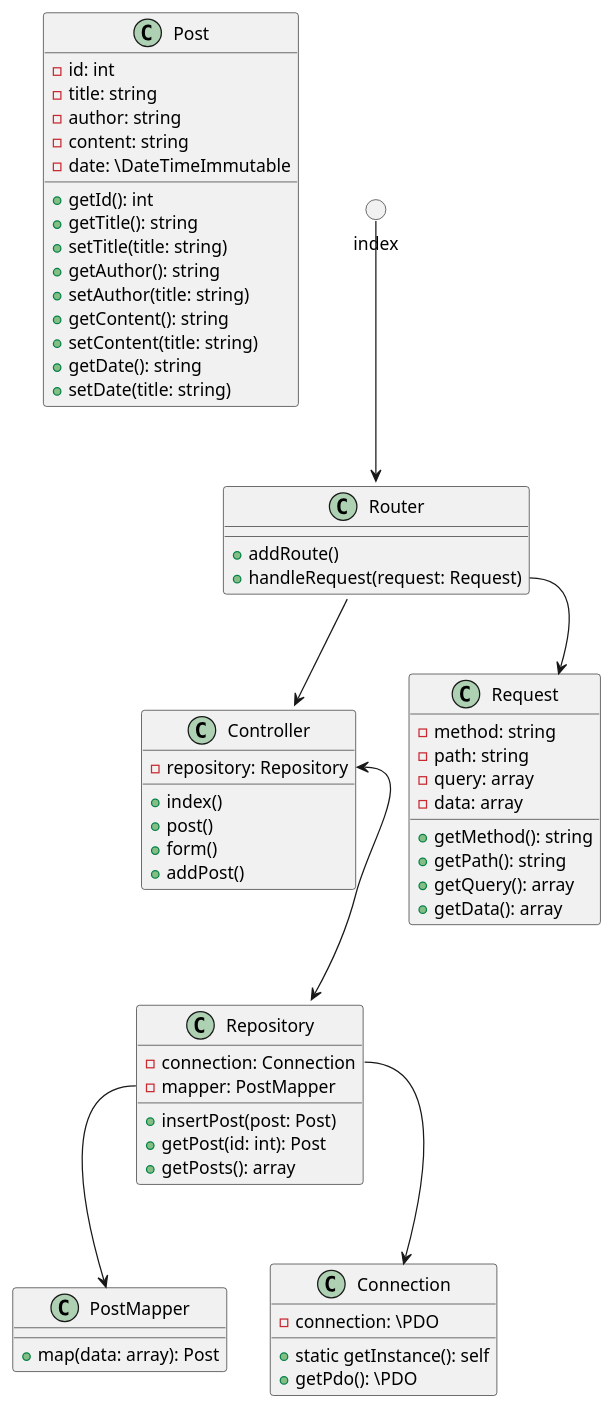
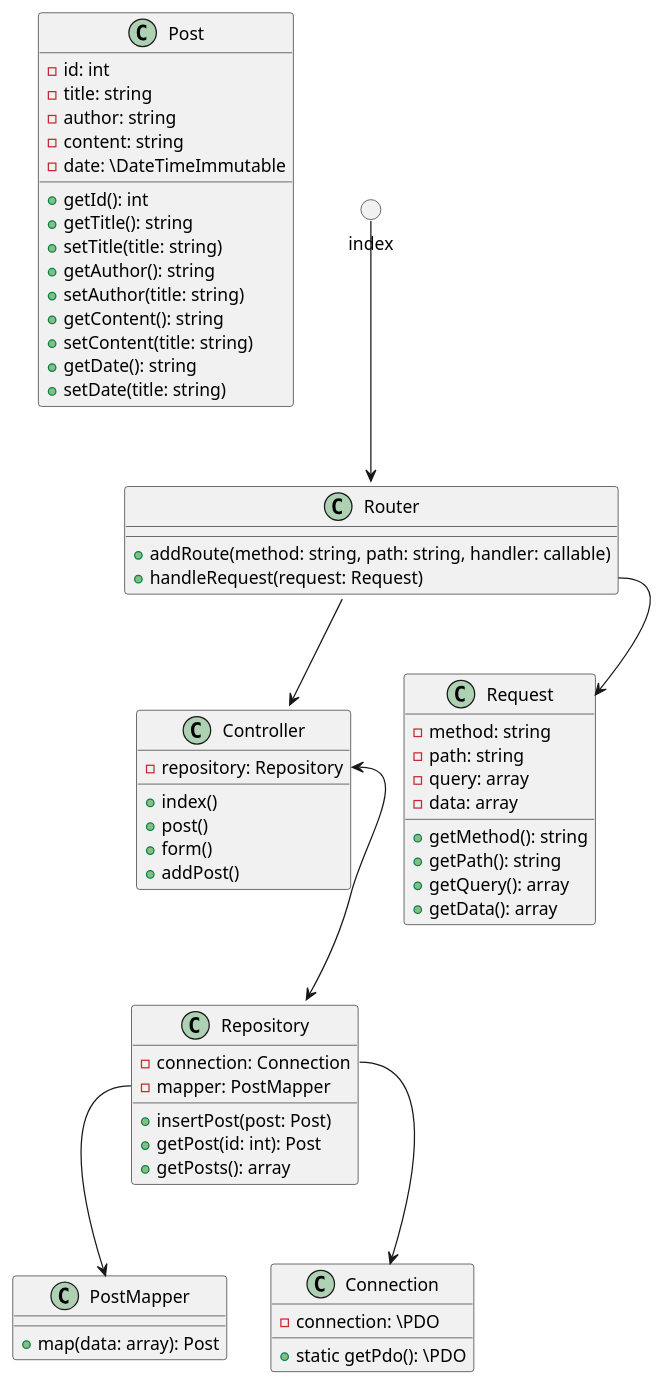
Before and after one commit to Tiriel/training-11-12-23: the diagram in blog.puml, drawn with PlantUML. The commit also changed 8 other files, not shown here.

```diff
--- a/blog.puml
+++ b/blog.puml
@@ -1,72 +1,71 @@
 @startuml
 'https://plantuml.com/class-diagram
 
 class Post {
     - id: int
     - title: string
     - author: string
     - content: string
     - date: \DateTimeImmutable
     + getId(): int
     + getTitle(): string
     + setTitle(title: string)
     + getAuthor(): string
     + setAuthor(title: string)
     + getContent(): string
     + setContent(title: string)
     + getDate(): string
     + setDate(title: string)
 }
 
 class PostMapper {
     + map(data: array): Post
 }
 
 class Connection {
     - connection: \PDO
-    + static getInstance(): self
-    + getPdo(): \PDO
+    + static getPdo(): \PDO
 }
 
 class Repository {
     - connection: Connection
     - mapper: PostMapper
     + insertPost(post: Post)
     + getPost(id: int): Post
     + getPosts(): array
 }
 
 class Controller {
     - repository: Repository
     + index()
     + post()
     + form()
     + addPost()
 }
 
 class Request {
     - method: string
     - path: string
     - query: array
     - data: array
     + getMethod(): string
     + getPath(): string
     + getQuery(): array
     + getData(): array
 }
 
 class Router {
-    + addRoute()
+    + addRoute(method: string, path: string, handler: callable)
     + handleRequest(request: Request)
 }
 
 () index
 
 Repository::mapper --> PostMapper
 Repository::connection --> Connection
 Controller::repository <--> Repository
 Router::handleRequest --> Request
 Router --> Controller
 index --> Router
 
 @enduml
```
